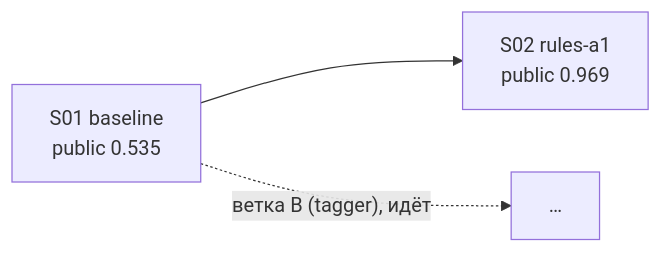
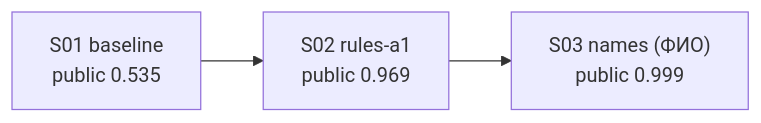
One commit to polinamiroshnichenko/masking-arena changed the diagram in docs/evolution.md. Above: the diagram before and after it, drawn with Mermaid. The commit also changed other lines of this file and 24 other files, not shown here.

First line of the commit message:
ЧП2: S03 (ветка ФИО) — public 0.999; графики с анализом, эпизоды трейсов

````diff
--- a/docs/evolution.md
+++ b/docs/evolution.md
@@ -28,5 +31,5 @@
 ```mermaid
 graph LR
   S01["S01 baseline<br/>public 0.535"] --> S02["S02 rules-a1<br/>public 0.969"]
-  S01 -. ветка B (tagger), идёт .-> B["…"]
+  S02 --> S03["S03 names (ФИО)<br/>public 0.999"]
 ```
````
